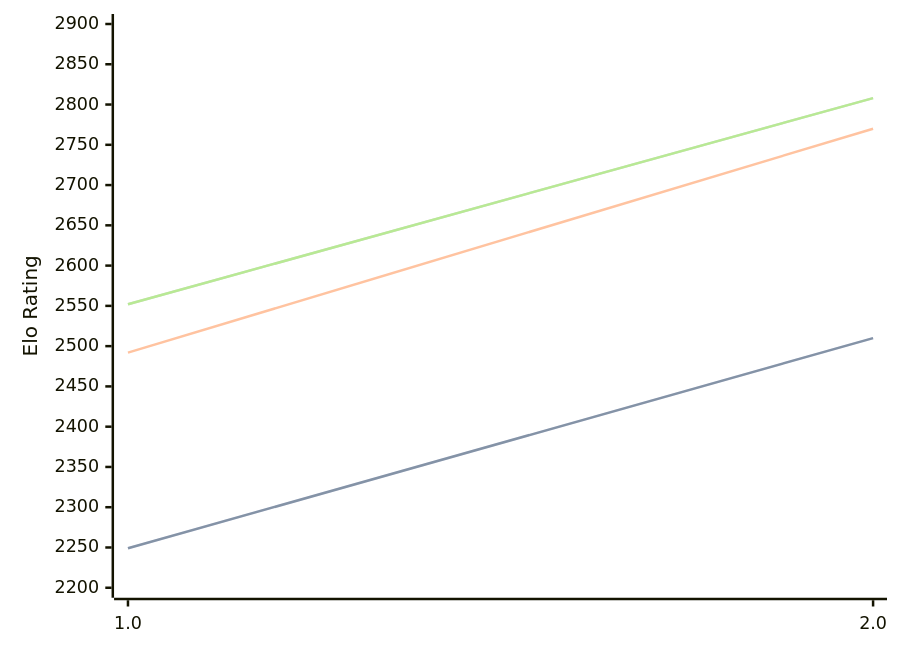
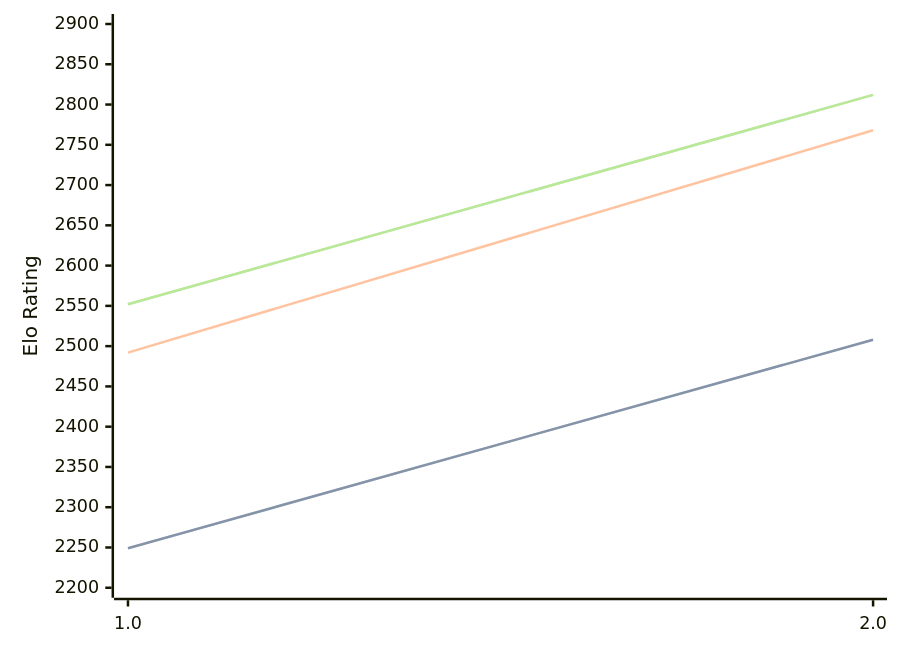
Before and after one commit to computer-chess-index/cci: the diagram in engines/Revolver.md, drawn with Mermaid. The commit also changed other lines of this file, not shown here.

Commit message:
Update CCI Ratings (ELO VLTC) - 2026-06-09

````diff
--- a/engines/Revolver.md
+++ b/engines/Revolver.md
@@ -32,11 +32,11 @@
 ```mermaid
 %%{init: {"theme":"base","themeVariables":{"seriesColors:['#a3a3a3','#222221','#faa371']}}}%%
 xychart-beta
   x-axis ["1.0", "2.0"]
   y-axis "Elo Rating" 2200 --> 2900
-  line "STC (8.0+0.08s)" [2249, 2510]
-  line "STC (8.0+0.08s)" [2249, 2510]
-  line "LTC (60.0+0.60s)" [2492, 2770]
-  line "VLTC (2m24s+1.12s)" [2552, 2808]
-  line "VLTC (2m24s+1.12s)" [2552, 2808]
+  line "STC (8.0+0.08s)" [2249, 2508]
+  line "STC (8.0+0.08s)" [2249, 2508]
+  line "LTC (60.0+0.60s)" [2492, 2768]
+  line "VLTC (2m24s+1.12s)" [2552, 2812]
+  line "VLTC (2m24s+1.12s)" [2552, 2812]
 ```
````
